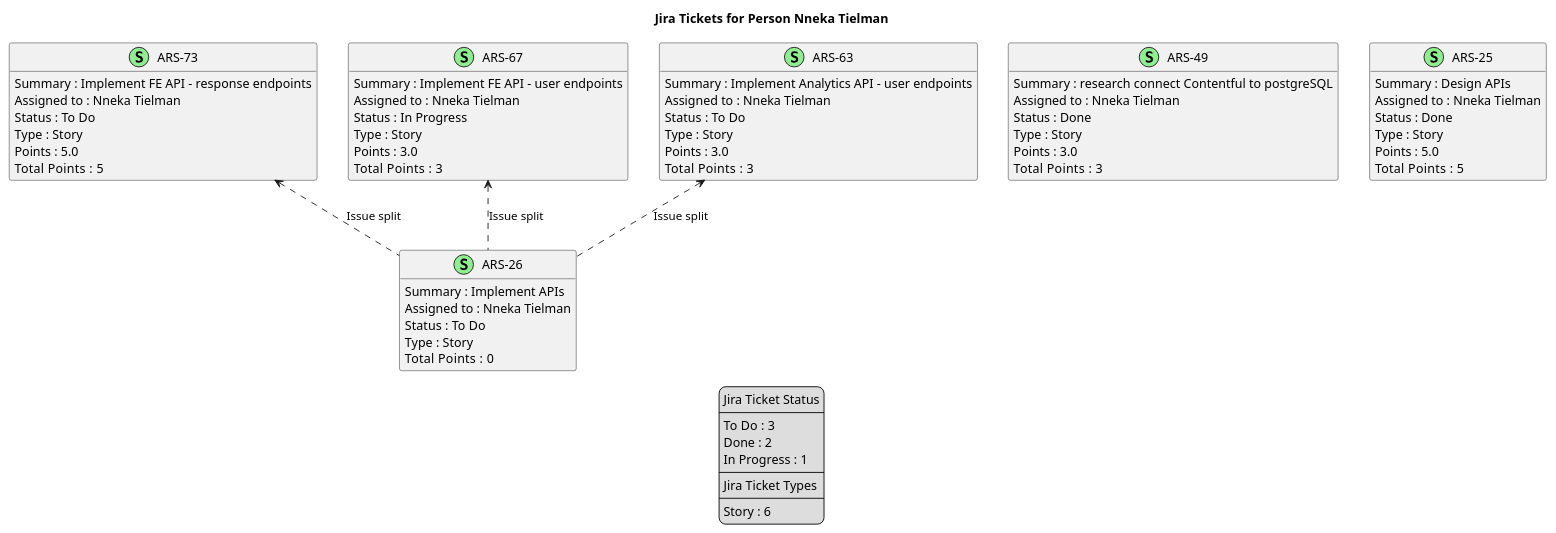
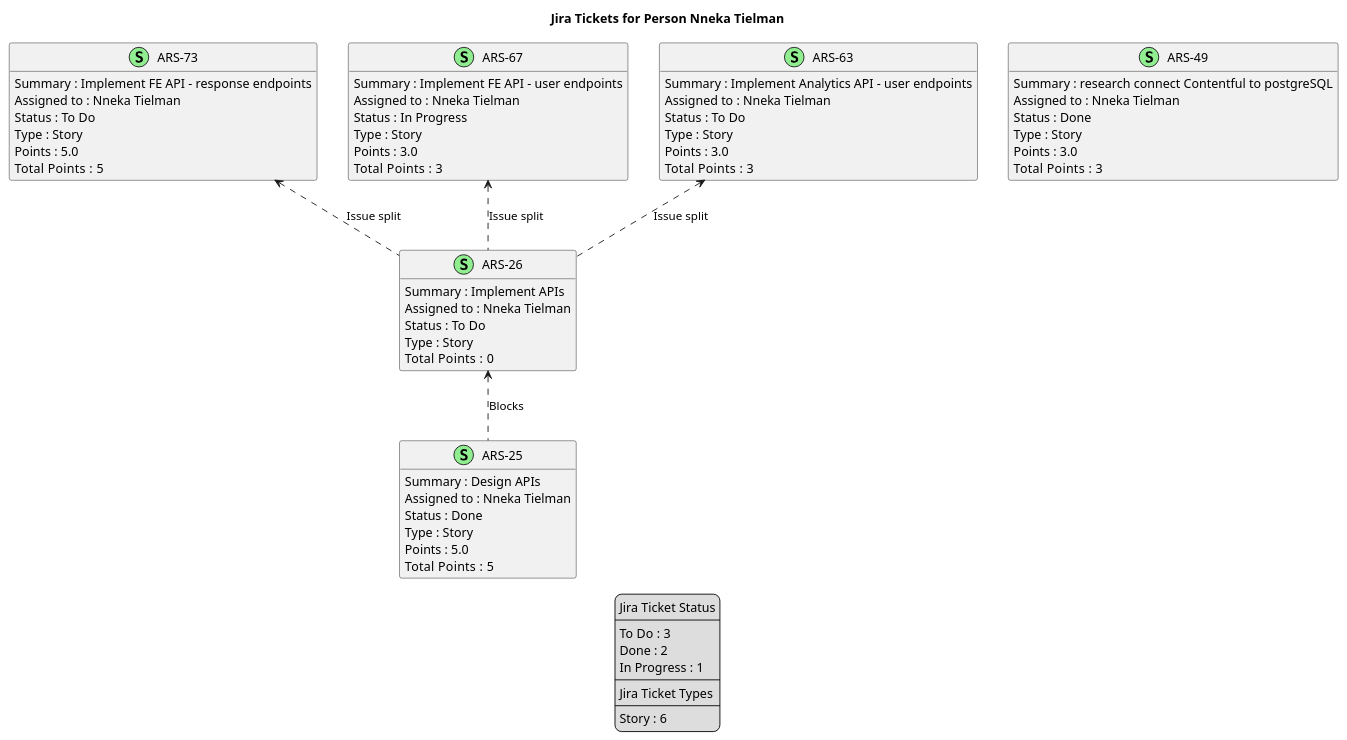
Before and after one commit to brunasti/jiraplotter: the diagram in docs/nexus/jira-Person-Nneka_Tielman.puml, drawn with PlantUML. The commit also changed 24 other files, not shown here.

Commit message:
Regenerates Nexus diagrams

```diff
--- a/docs/nexus/jira-Person-Nneka_Tielman.puml
+++ b/docs/nexus/jira-Person-Nneka_Tielman.puml
@@ -1,88 +1,90 @@
 @startuml
 'https://plantuml.com/class-diagram
 
 ' GENERATE CLASS DIAGRAM ===========
-' Generated at    : Thu May 16 15:52:42 CEST 2024
+' Generated at    : Tue May 21 11:41:23 CEST 2024
 
 title Jira Tickets for Person Nneka Tielman
 hide empty members
 
 legend
 Jira Ticket Status
 ----
 To Do : 3
 Done : 2
 In Progress : 1
 ----
 Jira Ticket Types
 ----
 Story : 6
 end legend
 
 
 ' Tickets =======
 class "ARS-73" << (S,lightgreen) >> {
  Summary : Implement FE API - response endpoints
  Assigned to : Nneka Tielman
  Status : To Do
  Type : Story
  Points : 5.0
 Total  Points : 5
 }
 
 class "ARS-49" << (S,lightgreen) >> {
  Summary : research connect Contentful to postgreSQL
  Assigned to : Nneka Tielman
  Status : Done
  Type : Story
  Points : 3.0
 Total  Points : 3
 }
 
 class "ARS-67" << (S,lightgreen) >> {
  Summary : Implement FE API - user endpoints
  Assigned to : Nneka Tielman
  Status : In Progress
  Type : Story
  Points : 3.0
 Total  Points : 3
 }
 
 class "ARS-25" << (S,lightgreen) >> {
  Summary : Design APIs
  Assigned to : Nneka Tielman
  Status : Done
  Type : Story
  Points : 5.0
 Total  Points : 5
 }
 
 class "ARS-26" << (S,lightgreen) >> {
  Summary : Implement APIs
  Assigned to : Nneka Tielman
  Status : To Do
  Type : Story
 Total  Points : 0
 }
 
 class "ARS-63" << (S,lightgreen) >> {
  Summary : Implement Analytics API - user endpoints
  Assigned to : Nneka Tielman
  Status : To Do
  Type : Story
  Points : 3.0
 Total  Points : 3
 }
 
 
 
 ' Links =======
 "ARS-67" <.. "ARS-26" : Issue split
 
+"ARS-26" <.. "ARS-25" : Blocks
+
 "ARS-63" <.. "ARS-26" : Issue split
 
 "ARS-73" <.. "ARS-26" : Issue split
 
 
 
 @enduml
```
